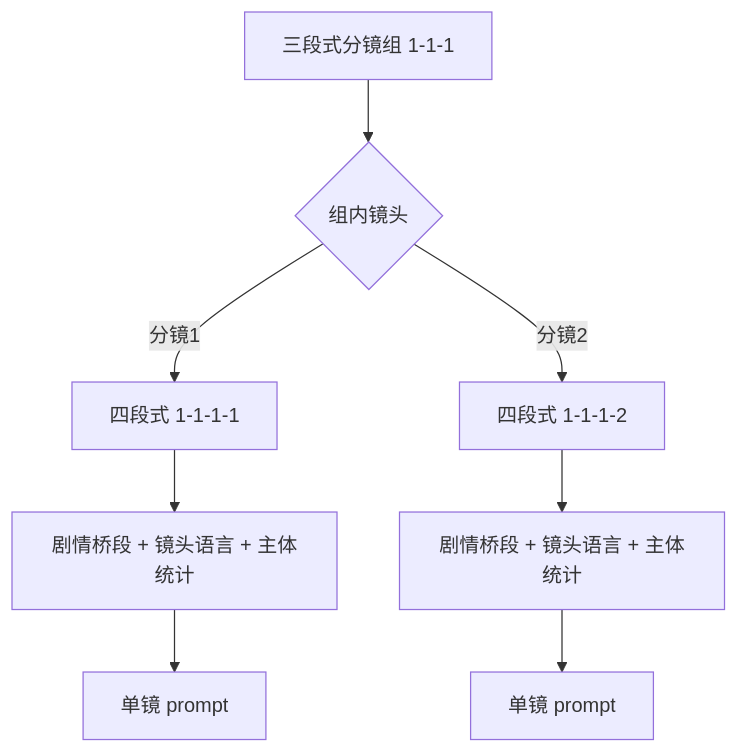
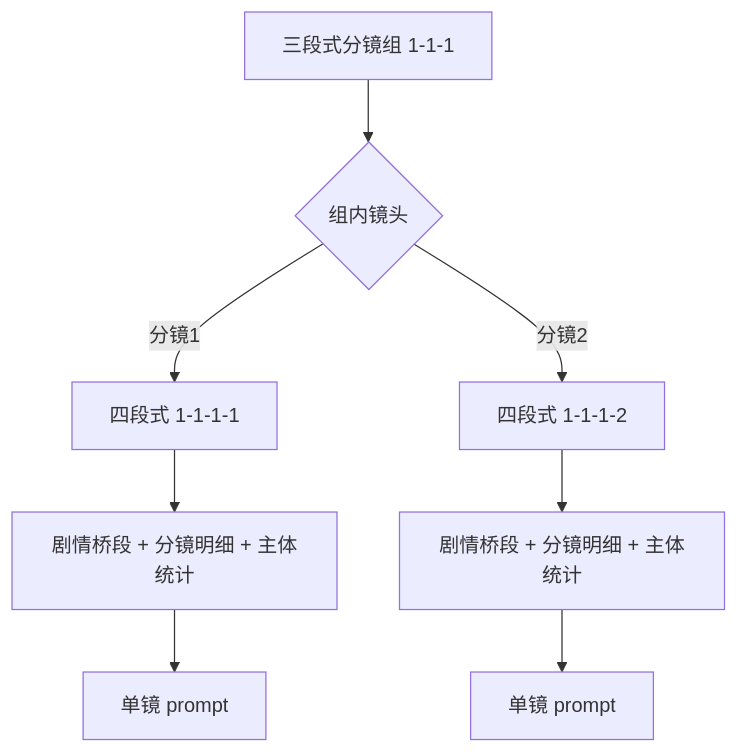
One commit to ZEN-VOID/AI-CUT changed the second of 3 diagrams in .agents/skills/aigc/6-图像/A-分镜画面/SKILL.md. Above: the diagram before and after it, drawn with Mermaid. The commit also changed other lines of this file and 173 other files, not shown here.

````diff
--- a/.agents/skills/aigc/6-图像/A-分镜画面/SKILL.md
+++ b/.agents/skills/aigc/6-图像/A-分镜画面/SKILL.md
@@ -113,10 +113,10 @@
 ```mermaid
 flowchart TD
     A["三段式分镜组 1-1-1"] --> B{"组内镜头"}
     B -->|"分镜1"| C["四段式 1-1-1-1"]
     B -->|"分镜2"| D["四段式 1-1-1-2"]
-    C --> E["剧情桥段 + 镜头语言 + 主体统计"]
-    D --> F["剧情桥段 + 镜头语言 + 主体统计"]
+    C --> E["剧情桥段 + 分镜明细 + 主体统计"]
+    D --> F["剧情桥段 + 分镜明细 + 主体统计"]
     E --> G["单镜 prompt"]
     F --> H["单镜 prompt"]
 ```
````
